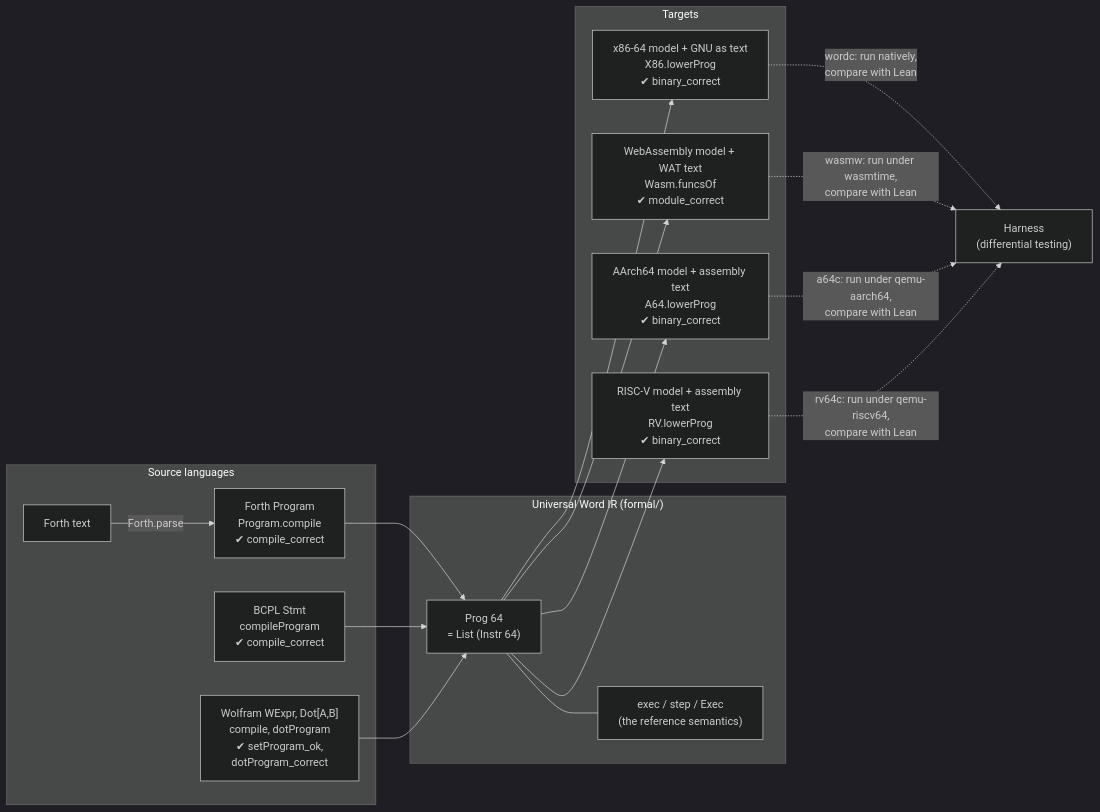
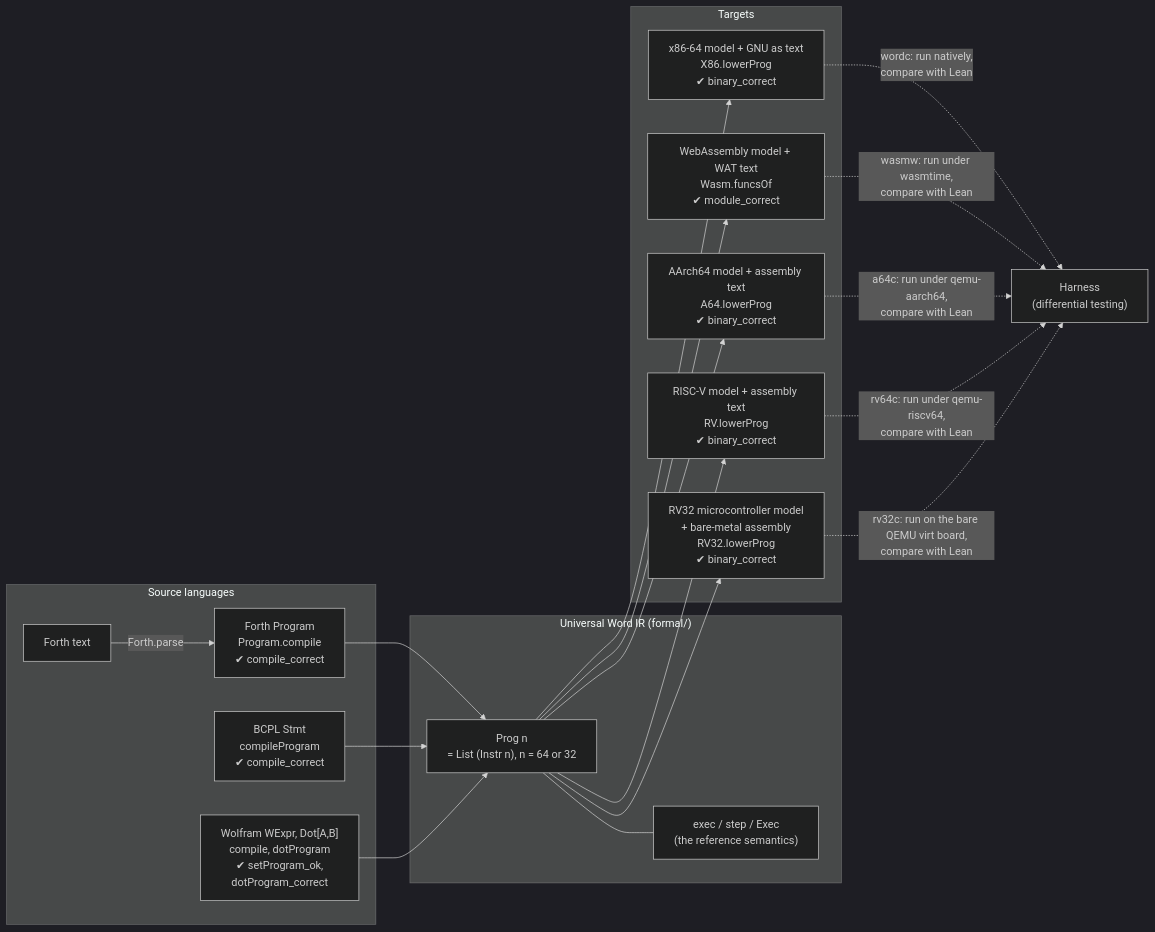
Before and after one commit to SNAPKITTYAGENT9NOVA/ai-free: the first of 17 diagrams in README.md, drawn with Mermaid (dark theme). The commit also changed other lines of this file and 27 other files, not shown here.

First line of the commit message:
Microcontroller profile: RV32IM at 32-bit words, bare metal, with proofs

````diff
--- a/README.md
+++ b/README.md
@@ -66,32 +68,35 @@
 ```mermaid
 flowchart LR
   subgraph Sources["Source languages"]
     F["Forth text"]
     FB["Forth Program<br/>Program.compile<br/>✔ compile_correct"]
     B["BCPL Stmt<br/>compileProgram<br/>✔ compile_correct"]
     W["Wolfram WExpr, Dot[A,B]<br/>compile, dotProgram<br/>✔ setProgram_ok,<br/>dotProgram_correct"]
   end
   subgraph IR["Universal Word IR (formal/)"]
-    P["Prog 64<br/>= List (Instr 64)"]
+    P["Prog n<br/>= List (Instr n), n = 64 or 32"]
     S["exec / step / Exec<br/>(the reference semantics)"]
   end
   subgraph Targets["Targets"]
     X["x86-64 model + GNU as text<br/>X86.lowerProg<br/>✔ binary_correct"]
     WA["WebAssembly model + WAT text<br/>Wasm.funcsOf<br/>✔ module_correct"]
     AR["AArch64 model + assembly text<br/>A64.lowerProg<br/>✔ binary_correct"]
     RVN["RISC-V model + assembly text<br/>RV.lowerProg<br/>✔ binary_correct"]
+    MCU["RV32 microcontroller model<br/>+ bare-metal assembly<br/>RV32.lowerProg<br/>✔ binary_correct"]
   end
   F -->|"Forth.parse"| FB
   FB --> P
   B --> P
   W --> P
   P --- S
   P --> X
   P --> WA
   P --> AR
   P --> RVN
+  P --> MCU
   X -.->|"wordc: run natively,<br/>compare with Lean"| H["Harness<br/>(differential testing)"]
   WA -.->|"wasmw: run under wasmtime,<br/>compare with Lean"| H
   AR -.->|"a64c: run under qemu-aarch64,<br/>compare with Lean"| H
   RVN -.->|"rv64c: run under qemu-riscv64,<br/>compare with Lean"| H
+  MCU -.->|"rv32c: run on the bare QEMU virt board,<br/>compare with Lean"| H
 ```
````
